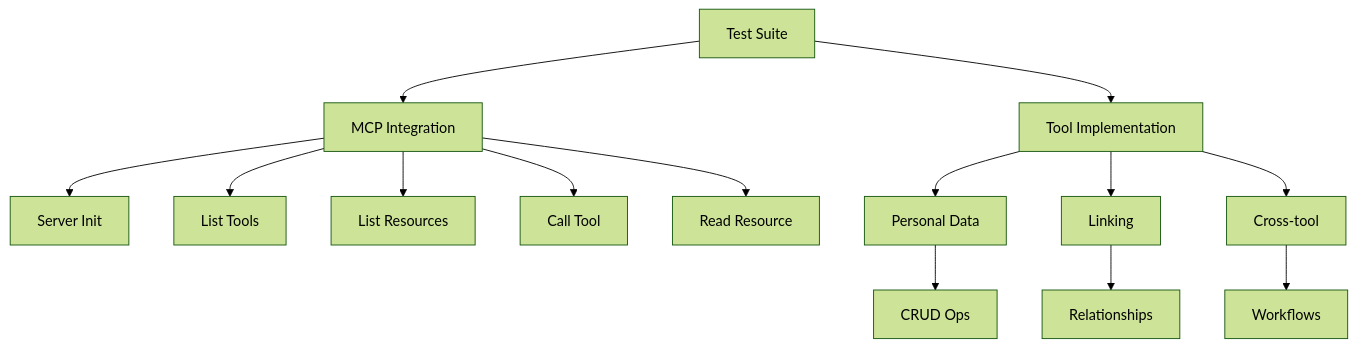
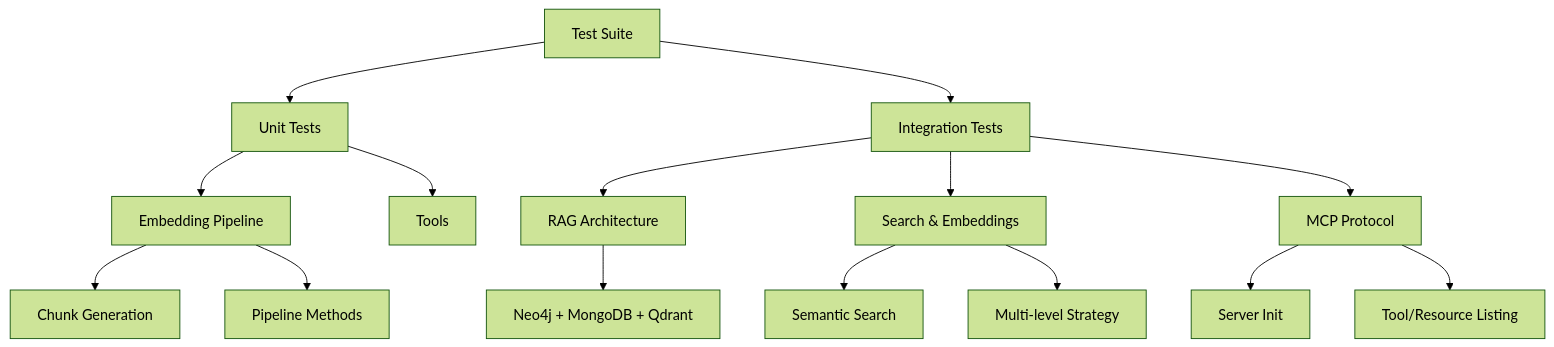
One commit to enrodrigu/PersonaMate changed the diagram in docs/testing.md. Above: the diagram before and after it, drawn with Mermaid (forest theme). The commit also changed other lines of this file and 5 other files, not shown here.

````diff
--- a/docs/testing.md
+++ b/docs/testing.md
@@ -13,16 +16,17 @@
 ```mermaid
 graph TD
-    A[Test Suite] --> B[MCP Integration]
-    A --> C[Tool Implementation]
-    B --> D[Server Init]
-    B --> E[List Tools]
-    B --> F[List Resources]
-    B --> G[Call Tool]
-    B --> H[Read Resource]
-    C --> I[Personal Data]
-    C --> J[Linking]
-    C --> K[Cross-tool]
-    I --> L[CRUD Ops]
-    J --> M[Relationships]
-    K --> N[Workflows]
+    A[Test Suite] --> B[Unit Tests]
+    A --> C[Integration Tests]
+    B --> D[Embedding Pipeline]
+    B --> E[Tools]
+    C --> F[RAG Architecture]
+    C --> G[Search & Embeddings]
+    C --> H[MCP Protocol]
+    D --> I[Chunk Generation]
+    D --> J[Pipeline Methods]
+    F --> K[Neo4j + MongoDB + Qdrant]
+    G --> L[Semantic Search]
+    G --> M[Multi-level Strategy]
+    H --> N[Server Init]
+    H --> O[Tool/Resource Listing]
 ```
````
